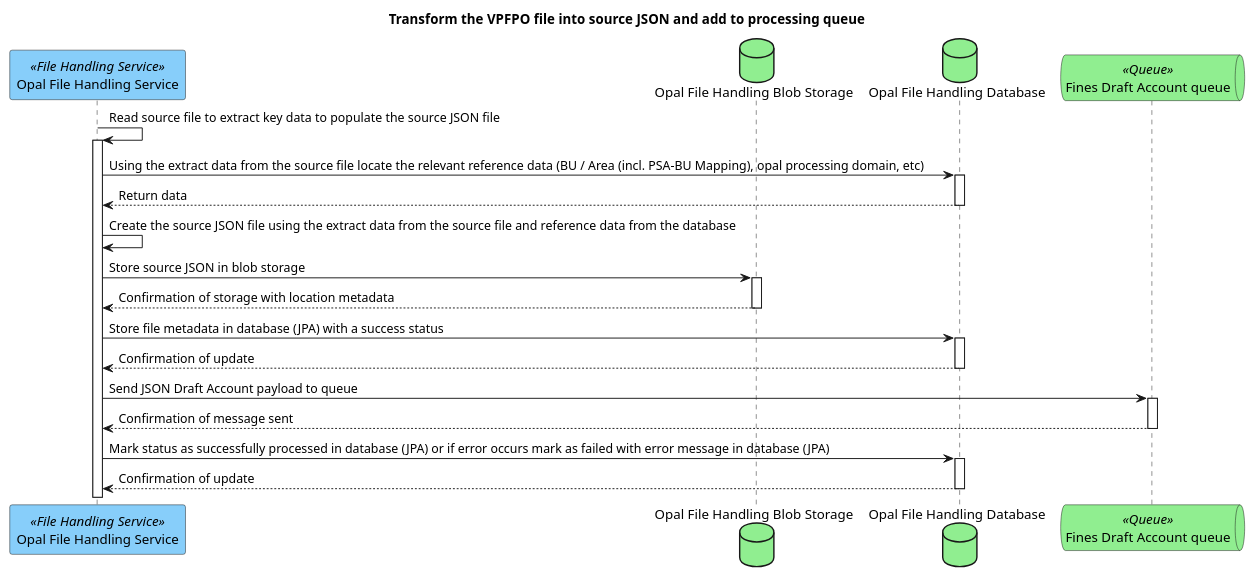
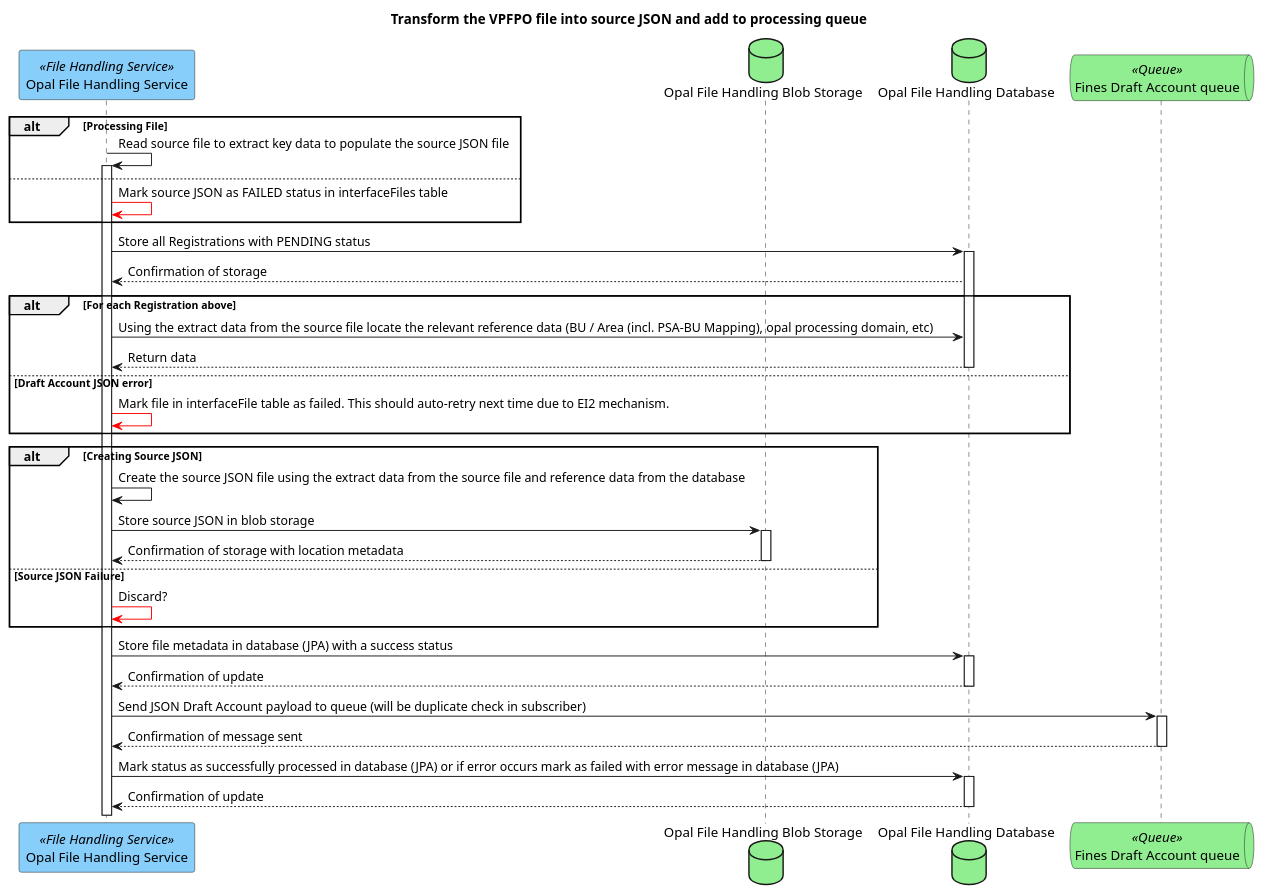
Before and after one commit to hmcts/opal-docs: the diagram in plantUML/external-interfaces/vpfpo-process-source-json.puml, drawn with PlantUML. The commit also changed 1 other file, not shown here.

Commit message:
Adding more error handling

```diff
--- a/plantUML/external-interfaces/vpfpo-process-source-json.puml
+++ b/plantUML/external-interfaces/vpfpo-process-source-json.puml
@@ -1,24 +1,41 @@
 @startuml
 title Transform the VPFPO file into source JSON and add to processing queue
 
 participant "Opal File Handling Service" as fileHandlingService <<File Handling Service>> #LightSkyBlue
 database "Opal File Handling Blob Storage" as fileHandlingBlobStorage #LightGreen
 database "Opal File Handling Database" as fileHandlingDb #LightGreen
 queue "Fines Draft Account queue" as finesDraftAccountQueue <<Queue>> #lightgreen
 
+alt Processing File
+    fileHandlingService -> fileHandlingService ++ : Read source file to extract key data to populate the source JSON file
+else
+    fileHandlingService[#red]->fileHandlingService : Mark source JSON as FAILED status in interfaceFiles table
+end
+fileHandlingService -> fileHandlingDb ++ : Store all Registrations with PENDING status
+fileHandlingDb --> fileHandlingService : Confirmation of storage
 
-fileHandlingService -> fileHandlingService ++: Read source file to extract key data to populate the source JSON file
-fileHandlingService -> fileHandlingDb ++ : Using the extract data from the source file locate the relevant reference data (BU / Area (incl. PSA-BU Mapping), opal processing domain, etc)
-fileHandlingDb --> fileHandlingService -- : Return data
-fileHandlingService -> fileHandlingService : Create the source JSON file using the extract data from the source file and reference data from the database
-fileHandlingService -> fileHandlingBlobStorage ++ : Store source JSON in blob storage
-fileHandlingBlobStorage --> fileHandlingService -- : Confirmation of storage with location metadata
+alt For each Registration above
+    fileHandlingService -> fileHandlingDb : Using the extract data from the source file locate the relevant reference data (BU / Area (incl. PSA-BU Mapping), opal processing domain, etc)
+    fileHandlingDb --> fileHandlingService -- : Return data
+else Draft Account JSON error
+    fileHandlingService[#red]-> fileHandlingService : Mark file in interfaceFile table as failed. This should auto-retry next time due to EI2 mechanism.
+end
+
+alt Creating Source JSON
+    fileHandlingService -> fileHandlingService : Create the source JSON file using the extract data from the source file and reference data from the database
+    fileHandlingService -> fileHandlingBlobStorage ++ : Store source JSON in blob storage
+    fileHandlingBlobStorage --> fileHandlingService -- : Confirmation of storage with location metadata
+else Source JSON Failure
+    fileHandlingService[#red]-> fileHandlingService : Discard?
+end
+
 fileHandlingService -> fileHandlingDb ++ : Store file metadata in database (JPA) with a success status
 fileHandlingDb --> fileHandlingService -- : Confirmation of update
 
-fileHandlingService -> finesDraftAccountQueue ++ : Send JSON Draft Account payload to queue
+fileHandlingService -> finesDraftAccountQueue ++ : Send JSON Draft Account payload to queue (will be duplicate check in subscriber)
 finesDraftAccountQueue --> fileHandlingService -- : Confirmation of message sent
+
 fileHandlingService -> fileHandlingDb ++ : Mark status as successfully processed in database (JPA) or if error occurs mark as failed with error message in database (JPA)
 fileHandlingDb --> fileHandlingService -- : Confirmation of update
 
 @enduml
```
